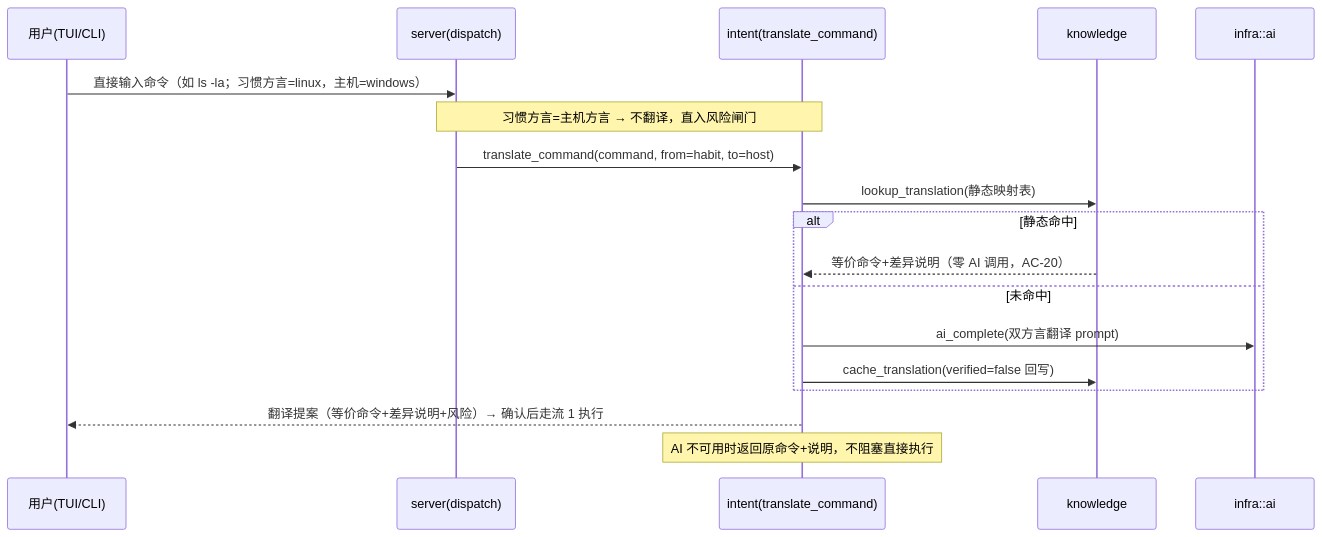
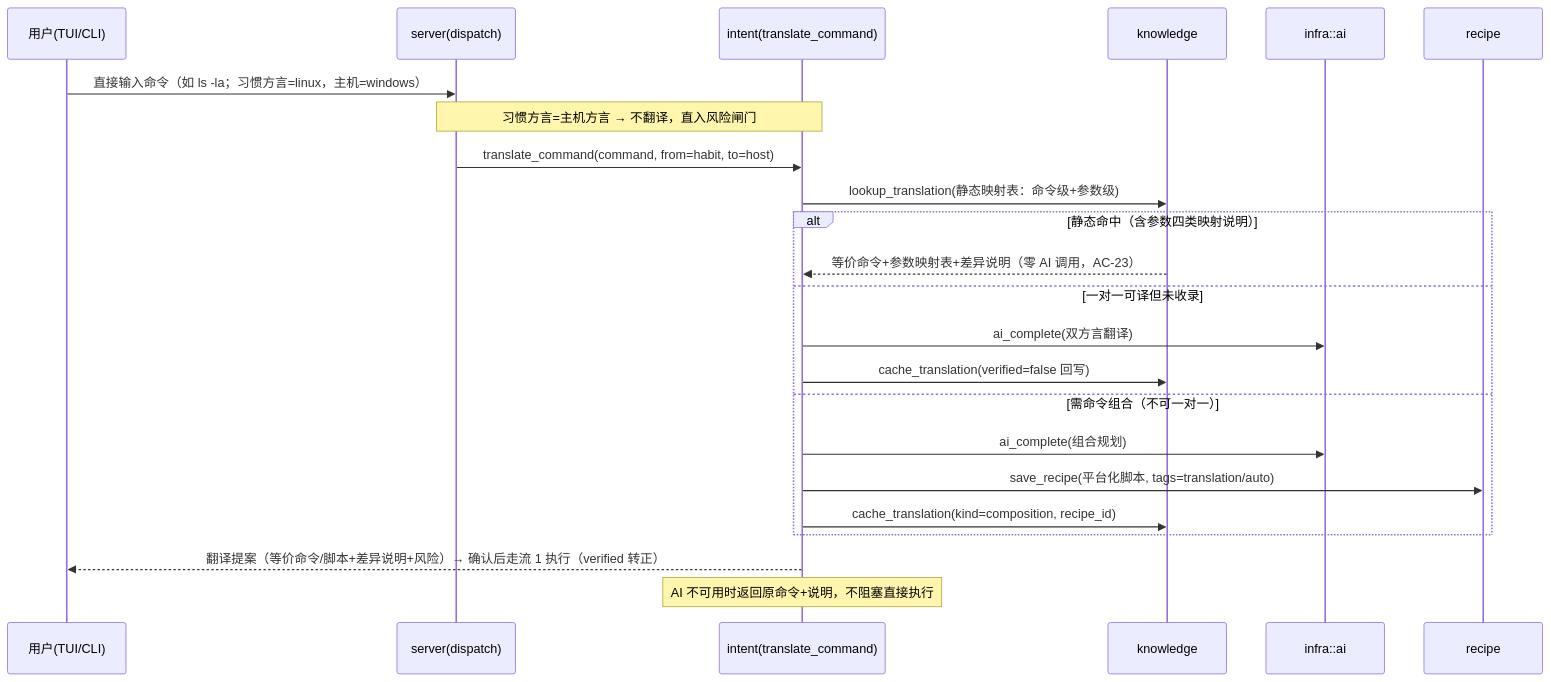
Before and after one commit to zhaoxuan-inside/iA-Console: the fourth of 4 diagrams in _04_framework_design/02_data_flow.md, drawn with Mermaid. The commit also changed other lines of this file and 1 other file, not shown here.

Commit message:
docs(_04): 新增 03 UI 设计原则（iA-Writer 式排版/主题/字体策略）；流 4 补组合闭环

````diff
--- a/_04_framework_design/02_data_flow.md
+++ b/_04_framework_design/02_data_flow.md
@@ -85,21 +85,26 @@
 ```mermaid
 sequenceDiagram
     participant U as 用户(TUI/CLI)
     participant S as server(dispatch)
     participant T as intent(translate_command)
     participant K as knowledge
     participant AI as infra::ai
+    participant RC as recipe
 
     U->>S: 直接输入命令（如 ls -la；习惯方言=linux，主机=windows）
     Note over S,T: 习惯方言=主机方言 → 不翻译，直入风险闸门
     S->>T: translate_command(command, from=habit, to=host)
-    T->>K: lookup_translation(静态映射表)
-    alt 静态命中
-        K-->>T: 等价命令+差异说明（零 AI 调用，AC-20）
-    else 未命中
-        T->>AI: ai_complete(双方言翻译 prompt)
+    T->>K: lookup_translation(静态映射表：命令级+参数级)
+    alt 静态命中（含参数四类映射说明）
+        K-->>T: 等价命令+参数映射表+差异说明（零 AI 调用，AC-23）
+    else 一对一可译但未收录
+        T->>AI: ai_complete(双方言翻译)
         T->>K: cache_translation(verified=false 回写)
+    else 需命令组合（不可一对一）
+        T->>AI: ai_complete(组合规划)
+        T->>RC: save_recipe(平台化脚本, tags=translation/auto)
+        T->>K: cache_translation(kind=composition, recipe_id)
     end
-    T-->>U: 翻译提案（等价命令+差异说明+风险）→ 确认后走流 1 执行
+    T-->>U: 翻译提案（等价命令/脚本+差异说明+风险）→ 确认后走流 1 执行（verified 转正）
     Note over T: AI 不可用时返回原命令+说明，不阻塞直接执行
 ```
````
